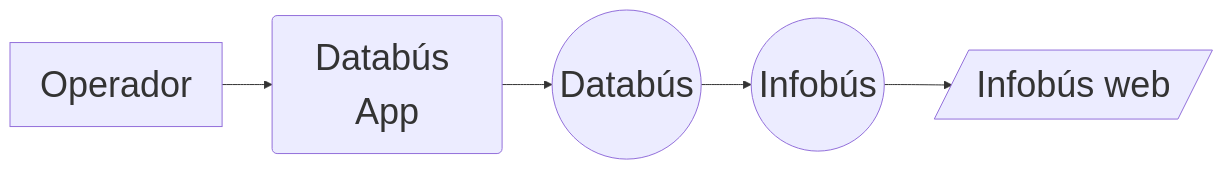
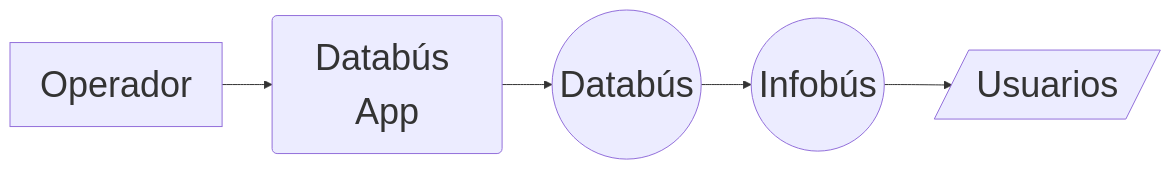
The diagram in pages/operators.md (simovilab/choferes), drawn with Mermaid before and after one commit. The commit also changed other lines of this file and 2 other files, not shown here.

````diff
--- a/pages/operators.md
+++ b/pages/operators.md
@@ -8,8 +8,8 @@
 ```mermaid
 %%{init: {'themeVariables': {'fontSize': '36px'}}}%%
 flowchart LR
   C[Operador] --> A(Databús App)
   A --> D((Databús))
   D --> I((Infobús))
-  I --> W[/Infobús web/]
+  I --> W[/Usuarios/]
 ```
````
